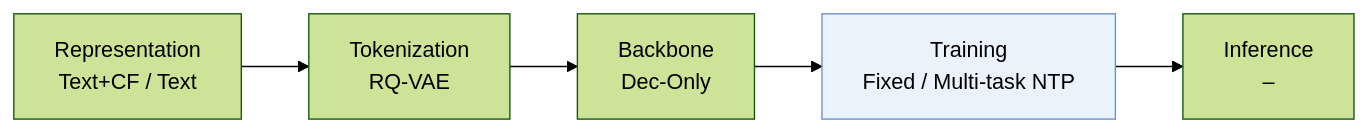
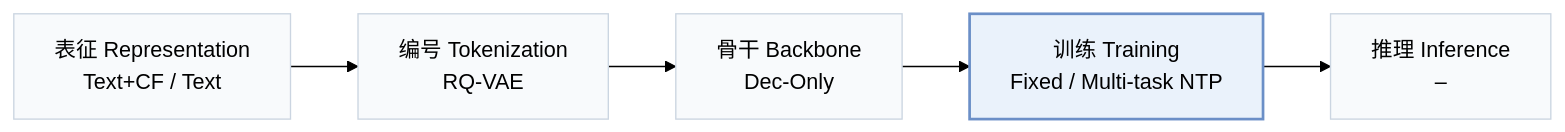
One commit to Galaxy-ghost/Awesome-SID-Generative-Rec changed the first of 2 diagrams in pages/zh/papers/gti.md. Above: the diagram before and after it, drawn with Mermaid (forest theme). The commit also changed other lines of this file and 649 other files, not shown here.

Commit message:
writer-05: also tags and modality index (schema, check, build, visuals); summary field removed; calibration data for 12 papers

````diff
--- a/pages/zh/papers/gti.md
+++ b/pages/zh/papers/gti.md
@@ -13,6 +15,8 @@
 ```mermaid
 flowchart LR
-    R["Representation<br/>Text+CF / Text"] --> T["Tokenization<br/>RQ-VAE"] --> B["Backbone<br/>Dec-Only"] --> TR["Training<br/>Fixed / Multi-task NTP"] --> I["Inference<br/>–"]
-    classDef main fill:#eaf2fb,stroke:#6b8fc7
+    R["表征 Representation<br/>Text+CF / Text"] --> T["编号 Tokenization<br/>RQ-VAE"] --> B["骨干 Backbone<br/>Dec-Only"] --> TR["训练 Training<br/>Fixed / Multi-task NTP"] --> I["推理 Inference<br/>–"]
+    classDef base fill:#f8fafc,stroke:#cbd5e1
+    class R,T,B,TR,I base
+    classDef main fill:#eaf2fb,stroke:#6b8fc7,stroke-width:2px
     class TR main
 ```
````
